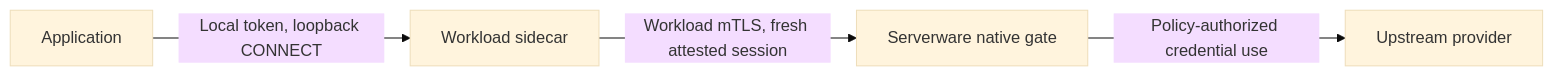
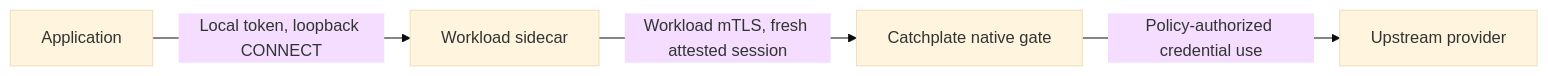
Before and after one commit to AndrewMohawk/catchplate: the diagram in docs/native-workload-sidecar.md, drawn with Mermaid (base theme). The commit also changed other lines of this file and 7226 other files, not shown here.

````diff
--- a/docs/native-workload-sidecar.md
+++ b/docs/native-workload-sidecar.md
@@ -10,6 +10,6 @@
 ```mermaid
 flowchart LR
     A[Application] -->|Local token, loopback CONNECT| S[Workload sidecar]
-    S -->|Workload mTLS, fresh attested session| G[Serverware native gate]
+    S -->|Workload mTLS, fresh attested session| G[Catchplate native gate]
     G -->|Policy-authorized credential use| P[Upstream provider]
 ```
````
